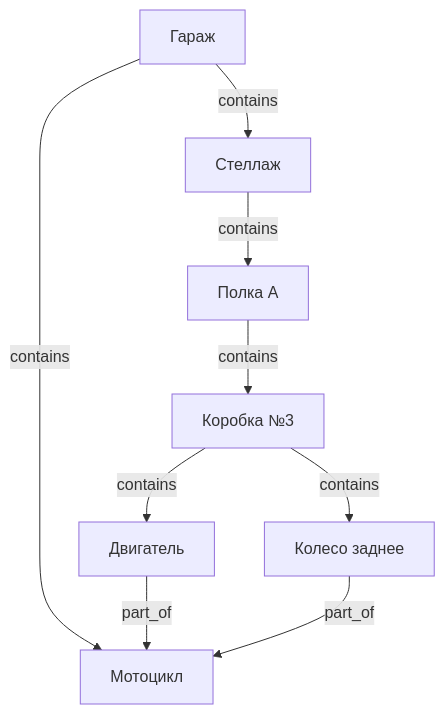
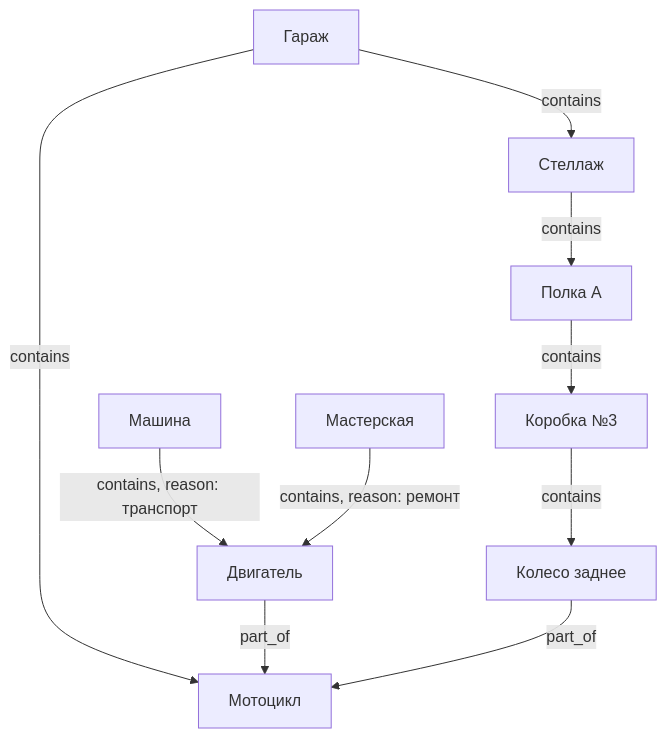
The first of 5 diagrams in docs/database.md (kscht/domovoy), drawn with Mermaid before and after one commit. The commit also changed other lines of this file, not shown here.

First line of the commit message:
docs: add transport, repair and shopping scenarios to graph model

````diff
--- a/docs/database.md
+++ b/docs/database.md
@@ -38,20 +47,24 @@
 ```mermaid
 graph TD
     Garage[Гараж]
-    Motorcycle[Мотоцикл]
+    Car[Машина]
+    RepairShop[Мастерская]
     Shelf[Стеллаж]
     ShelfA[Полка A]
     Box[Коробка №3]
+    Motorcycle[Мотоцикл]
     Engine[Двигатель]
     Wheel[Колесо заднее]
 
     Garage -->|contains| Motorcycle
     Garage -->|contains| Shelf
     Shelf -->|contains| ShelfA
     ShelfA -->|contains| Box
-    Box -->|contains| Engine
     Box -->|contains| Wheel
+
+    Car -->|contains, reason: транспорт| Engine
+    RepairShop -->|contains, reason: ремонт| Engine
 
     Engine -->|part_of| Motorcycle
     Wheel -->|part_of| Motorcycle
 ```
````
